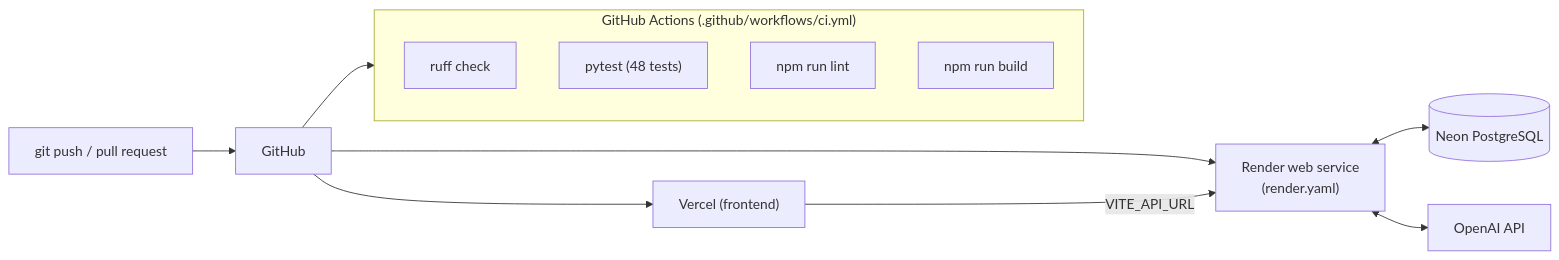
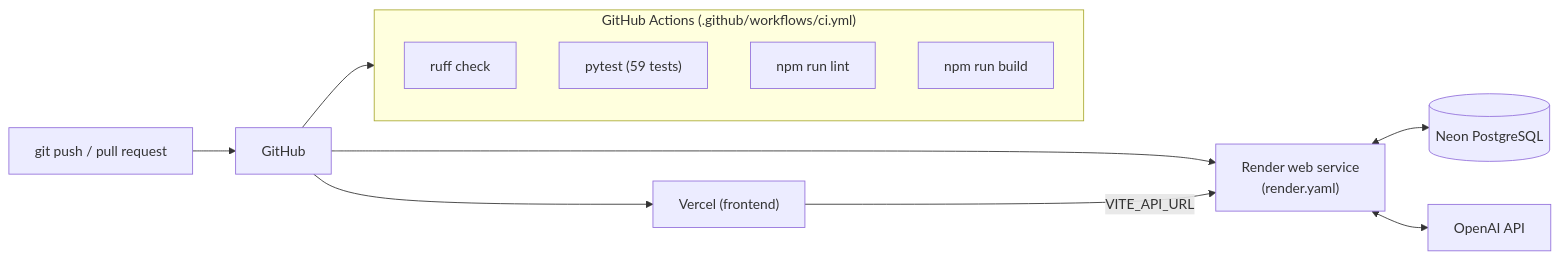
The fourth of 4 diagrams in docs/SYSTEM_ARCHITECTURE.md (BenaiahAsis/online-seller-assistant), drawn with Mermaid before and after one commit. The commit also changed other lines of this file and 6 other files, not shown here.

````diff
--- a/docs/SYSTEM_ARCHITECTURE.md
+++ b/docs/SYSTEM_ARCHITECTURE.md
@@ -318,16 +353,16 @@
 ```mermaid
 flowchart LR
     Dev["git push / pull request"] --> GH["GitHub"]
     GH --> CI
     subgraph CI ["GitHub Actions (.github/workflows/ci.yml)"]
         LintPy["ruff check"]
-        TestPy["pytest (48 tests)"]
+        TestPy["pytest (59 tests)"]
         LintJS["npm run lint"]
         BuildJS["npm run build"]
     end
     GH --> Render["Render web service\n(render.yaml)"]
     GH --> Vercel["Vercel (frontend)"]
     Render <--> Neon[("Neon PostgreSQL")]
     Render <--> OpenAI["OpenAI API"]
     Vercel -->|"VITE_API_URL"| Render
 ```
````
